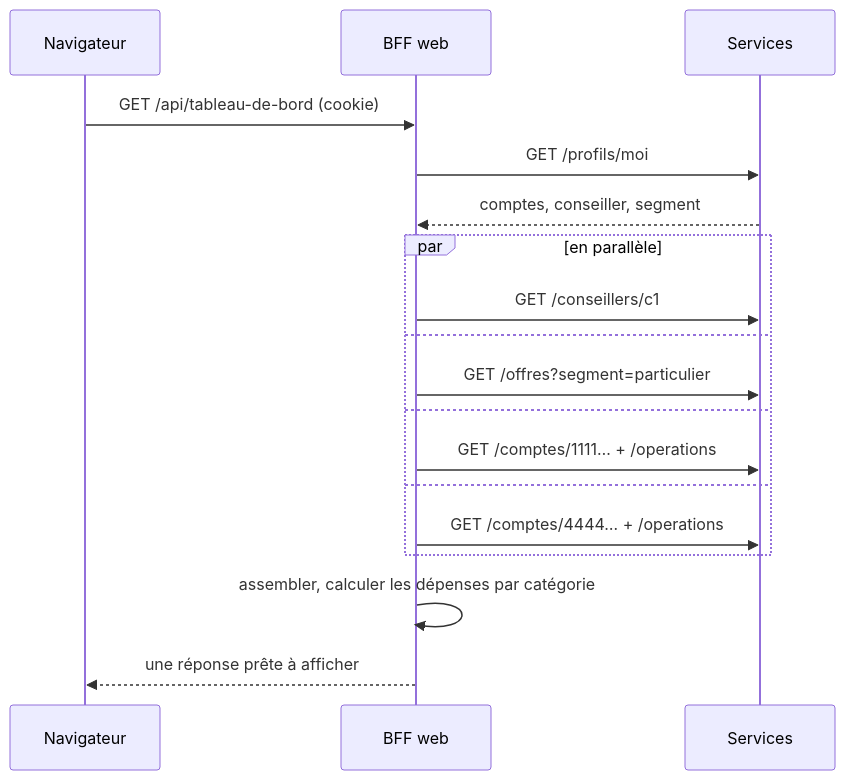
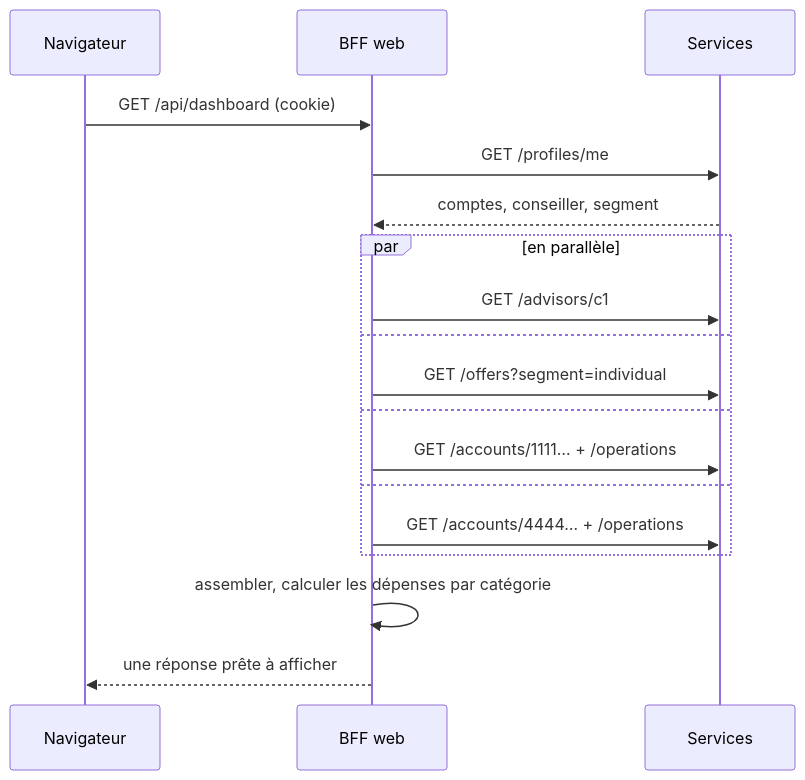
Before and after one commit to drangoht/ArchitecturesDemo: the third of 4 diagrams in Docs/16-bff.md, drawn with Mermaid. The commit also changed other lines of this file and 70 other files, not shown here.

Commit message:
Docs FR : identifiants, liens, diagrammes et sorties alignés sur le code anglais

````diff
--- a/Docs/16-bff.md
+++ b/Docs/16-bff.md
@@ -82,20 +82,20 @@
 ```mermaid
 sequenceDiagram
     participant N as Navigateur
     participant W as BFF web
     participant S as Services
-    N->>W: GET /api/tableau-de-bord (cookie)
-    W->>S: GET /profils/moi
+    N->>W: GET /api/dashboard (cookie)
+    W->>S: GET /profiles/me
     S-->>W: comptes, conseiller, segment
     par en parallèle
-        W->>S: GET /conseillers/c1
+        W->>S: GET /advisors/c1
     and
-        W->>S: GET /offres?segment=particulier
+        W->>S: GET /offers?segment=individual
     and
-        W->>S: GET /comptes/1111… + /operations
+        W->>S: GET /accounts/1111… + /operations
     and
-        W->>S: GET /comptes/4444… + /operations
+        W->>S: GET /accounts/4444… + /operations
     end
     W->>W: assembler, calculer les dépenses par catégorie
     W-->>N: une réponse prête à afficher
 ```
````
